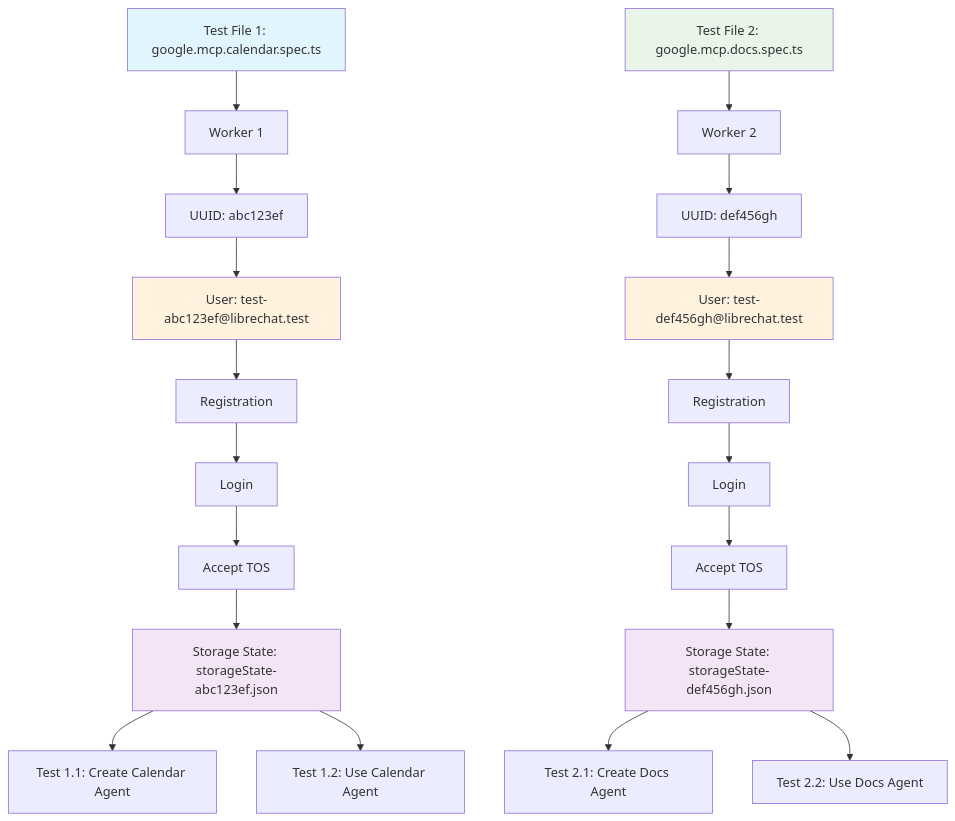
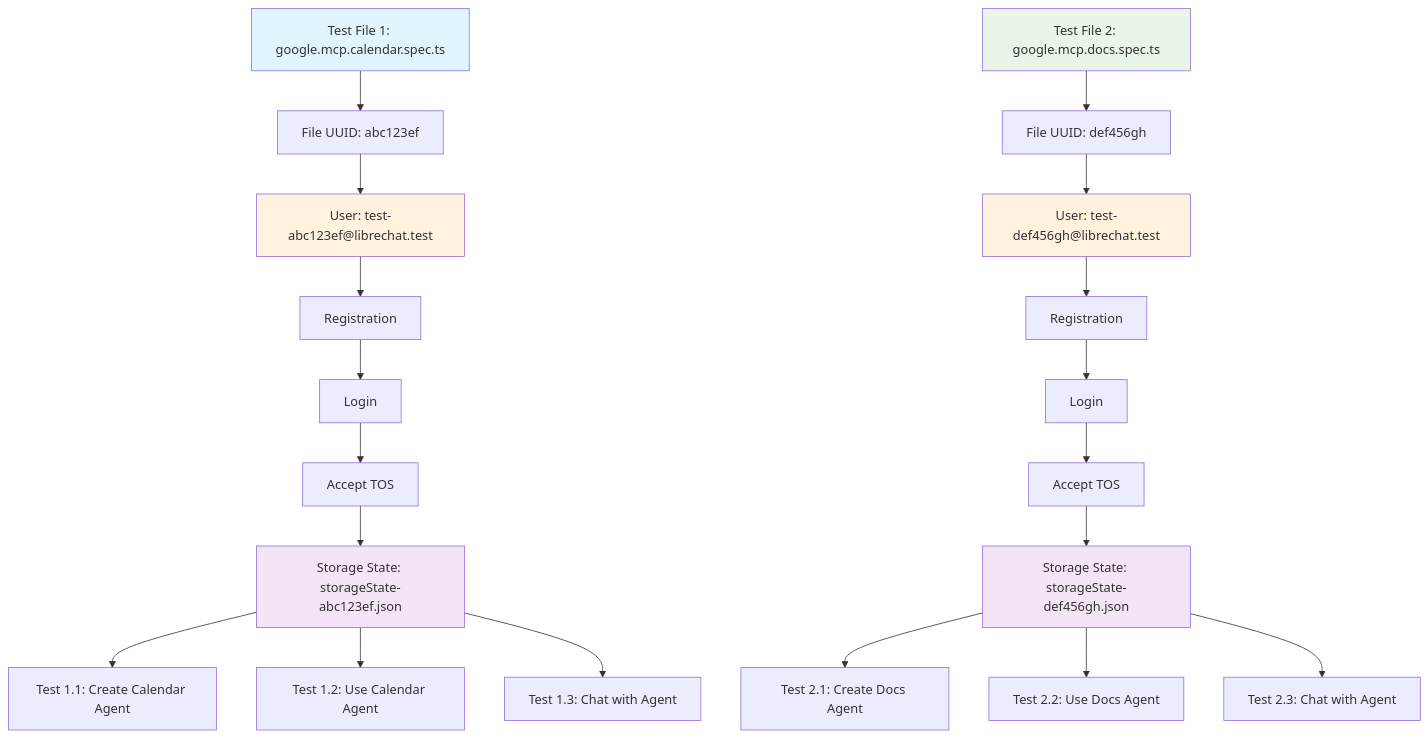
One commit to gannonh/agentis changed the first of 2 diagrams in LibreChat/e2e/README.md. Above: the diagram before and after it, drawn with Mermaid. The commit also changed other lines of this file and 1 other file, not shown here.

Commit message:
feat: implement file-scoped e2e test isolation with unique users per test file
- Replace worker-scoped fixture with file-scoped UUID generation
- Each test file gets unique user (test-{uuid}@librechat.test) at module load time
- All tests within file share same authenticated user and storage state
- Complete isolation between different test files prevents data contamination
- Works with workers=1 (local dev) and workers=N (CI) configurations
- Simple KISS implementation requiring no changes to existing tests
- Update e2e README documentation with new isolation pattern

Fixes issue where 6 test files only created 2 users due to worker sharing

````diff
--- a/LibreChat/e2e/README.md
+++ b/LibreChat/e2e/README.md
@@ -316,29 +316,29 @@
 ```mermaid
 graph TD
-    A[Test File 1: google.mcp.calendar.spec.ts] --> B[Worker 1]
-    B --> C[UUID: abc123ef]
-    C --> D[User: test-abc123ef@librechat.test]
-    D --> E[Registration]
-    E --> F[Login]
-    F --> G[Accept TOS]
-    G --> H[Storage State: storageState-abc123ef.json]
-    H --> I[Test 1.1: Create Calendar Agent]
-    H --> J[Test 1.2: Use Calendar Agent]
+    A[Test File 1: google.mcp.calendar.spec.ts] --> B[File UUID: abc123ef]
+    B --> C[User: test-abc123ef@librechat.test]
+    C --> D[Registration]
+    D --> E[Login]
+    E --> F[Accept TOS]
+    F --> G[Storage State: storageState-abc123ef.json]
+    G --> H[Test 1.1: Create Calendar Agent]
+    G --> I[Test 1.2: Use Calendar Agent]
+    G --> J[Test 1.3: Chat with Agent]
     
-    K[Test File 2: google.mcp.docs.spec.ts] --> L[Worker 2]
-    L --> M[UUID: def456gh]
-    M --> N[User: test-def456gh@librechat.test]
-    N --> O[Registration]
-    O --> P[Login]
-    P --> Q[Accept TOS]
-    Q --> R[Storage State: storageState-def456gh.json]
-    R --> S[Test 2.1: Create Docs Agent]
-    R --> T[Test 2.2: Use Docs Agent]
+    K[Test File 2: google.mcp.docs.spec.ts] --> L[File UUID: def456gh]
+    L --> M[User: test-def456gh@librechat.test]
+    M --> N[Registration]
+    N --> O[Login]
+    O --> P[Accept TOS]
+    P --> Q[Storage State: storageState-def456gh.json]
+    Q --> R[Test 2.1: Create Docs Agent]
+    Q --> S[Test 2.2: Use Docs Agent]
+    Q --> T[Test 2.3: Chat with Agent]
     
     style A fill:#e1f5fe
     style K fill:#e8f5e8
-    style D fill:#fff3e0
-    style N fill:#fff3e0
-    style H fill:#f3e5f5
-    style R fill:#f3e5f5
+    style C fill:#fff3e0
+    style M fill:#fff3e0
+    style G fill:#f3e5f5
+    style Q fill:#f3e5f5
 ```
````
